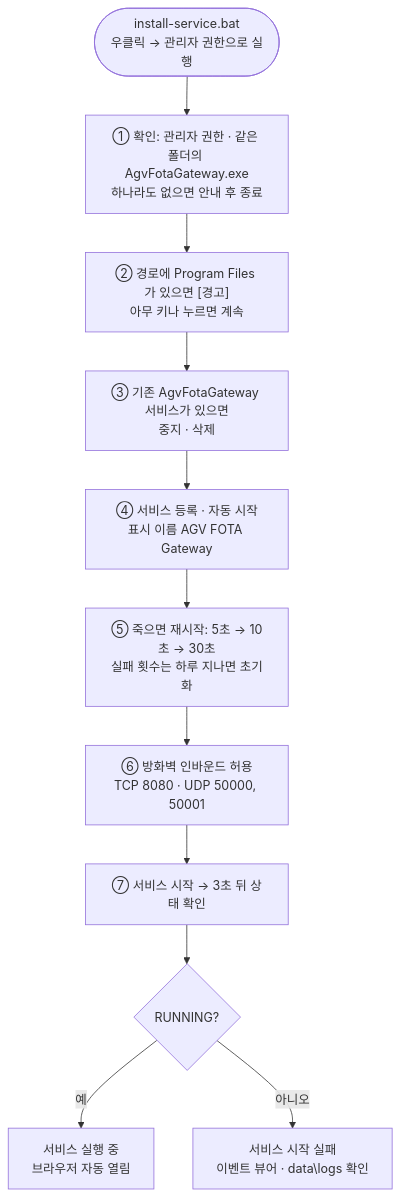
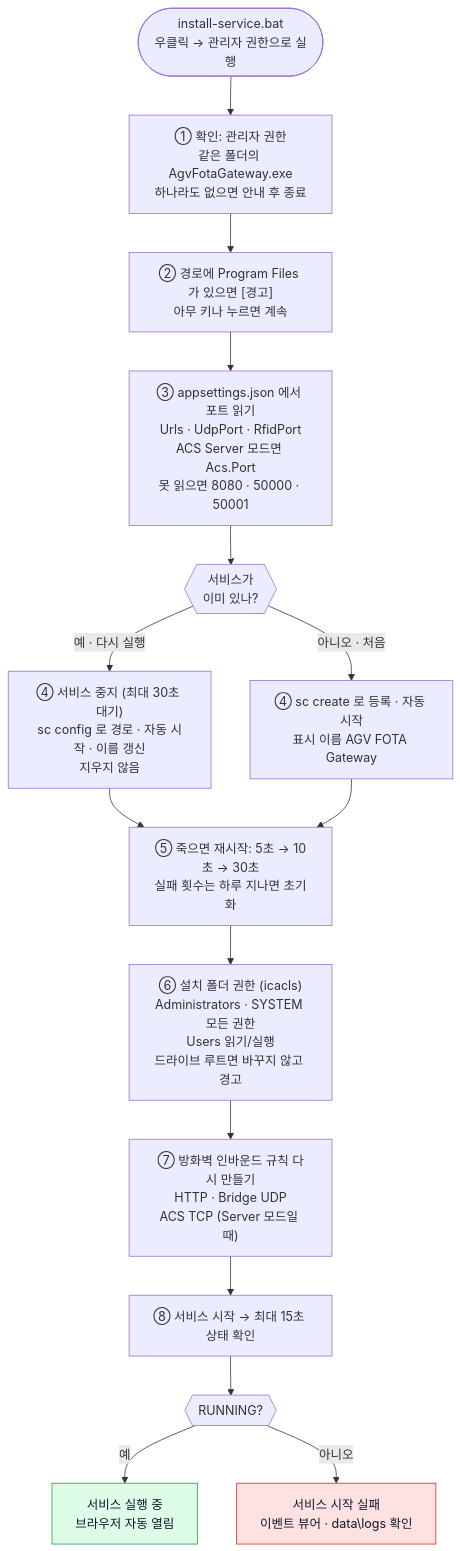
One commit to Leepy0/AGV_FOTA_GATEWAY changed the diagram in docs/diagrams/install-service-steps.mmd. Above: the diagram before and after it, drawn with Mermaid. The commit also changed 34 other files, not shown here.

```diff
--- a/docs/diagrams/install-service-steps.mmd
+++ b/docs/diagrams/install-service-steps.mmd
@@ -1,11 +1,19 @@
 flowchart TD
   A(["install-service.bat<br/>우클릭 → 관리자 권한으로 실행"]) --> C1
-  C1["① 확인: 관리자 권한 · 같은 폴더의 AgvFotaGateway.exe<br/>하나라도 없으면 안내 후 종료"] --> C2
+  C1["① 확인: 관리자 권한<br/>같은 폴더의 AgvFotaGateway.exe<br/>하나라도 없으면 안내 후 종료"] --> C2
   C2["② 경로에 Program Files 가 있으면 [경고]<br/>아무 키나 누르면 계속"] --> C3
-  C3["③ 기존 AgvFotaGateway 서비스가 있으면<br/>중지 · 삭제"] --> C4
-  C4["④ 서비스 등록 · 자동 시작<br/>표시 이름 AGV FOTA Gateway"] --> C5
+  C3["③ appsettings.json 에서 포트 읽기<br/>Urls · UdpPort · RfidPort<br/>ACS Server 모드면 Acs.Port<br/>못 읽으면 8080 · 50000 · 50001"] --> Q{{"서비스가<br/>이미 있나?"}}
+  Q -- "예 · 다시 실행" --> C4a["④ 서비스 중지 (최대 30초 대기)<br/>sc config 로 경로 · 자동 시작 · 이름 갱신<br/>지우지 않음"]
+  Q -- "아니오 · 처음" --> C4b["④ sc create 로 등록 · 자동 시작<br/>표시 이름 AGV FOTA Gateway"]
+  C4a --> C5
+  C4b --> C5
   C5["⑤ 죽으면 재시작: 5초 → 10초 → 30초<br/>실패 횟수는 하루 지나면 초기화"] --> C6
-  C6["⑥ 방화벽 인바운드 허용<br/>TCP 8080 · UDP 50000, 50001"] --> C7
-  C7["⑦ 서비스 시작 → 3초 뒤 상태 확인"] --> K{"RUNNING?"}
+  C6["⑥ 설치 폴더 권한 (icacls)<br/>Administrators · SYSTEM 모든 권한<br/>Users 읽기/실행<br/>드라이브 루트면 바꾸지 않고 경고"] --> C7
+  C7["⑦ 방화벽 인바운드 규칙 다시 만들기<br/>HTTP · Bridge UDP<br/>ACS TCP (Server 모드일 때)"] --> C8
+  C8["⑧ 서비스 시작 → 최대 15초 상태 확인"] --> K{{"RUNNING?"}}
   K -- 예 --> OK["서비스 실행 중<br/>브라우저 자동 열림"]
   K -- 아니오 --> NG["서비스 시작 실패<br/>이벤트 뷰어 · data\logs 확인"]
+  classDef ok fill:#dcfce7,stroke:#16a34a,color:#0f172a
+  classDef bad fill:#fee2e2,stroke:#dc2626,color:#0f172a
+  class OK ok
+  class NG bad
```
